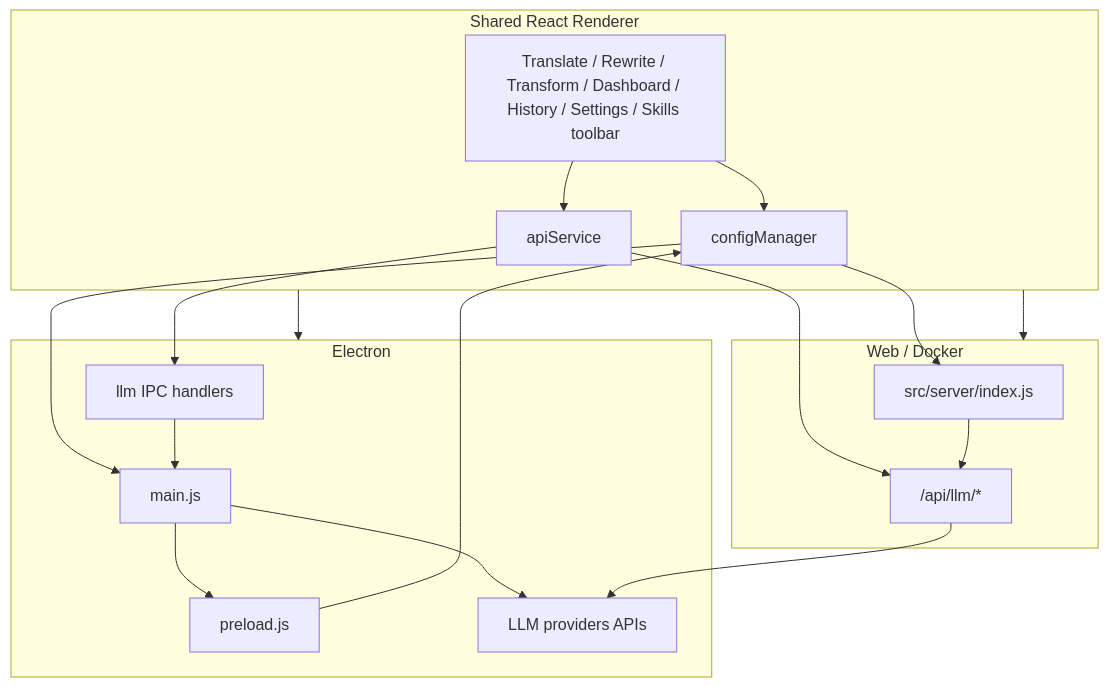
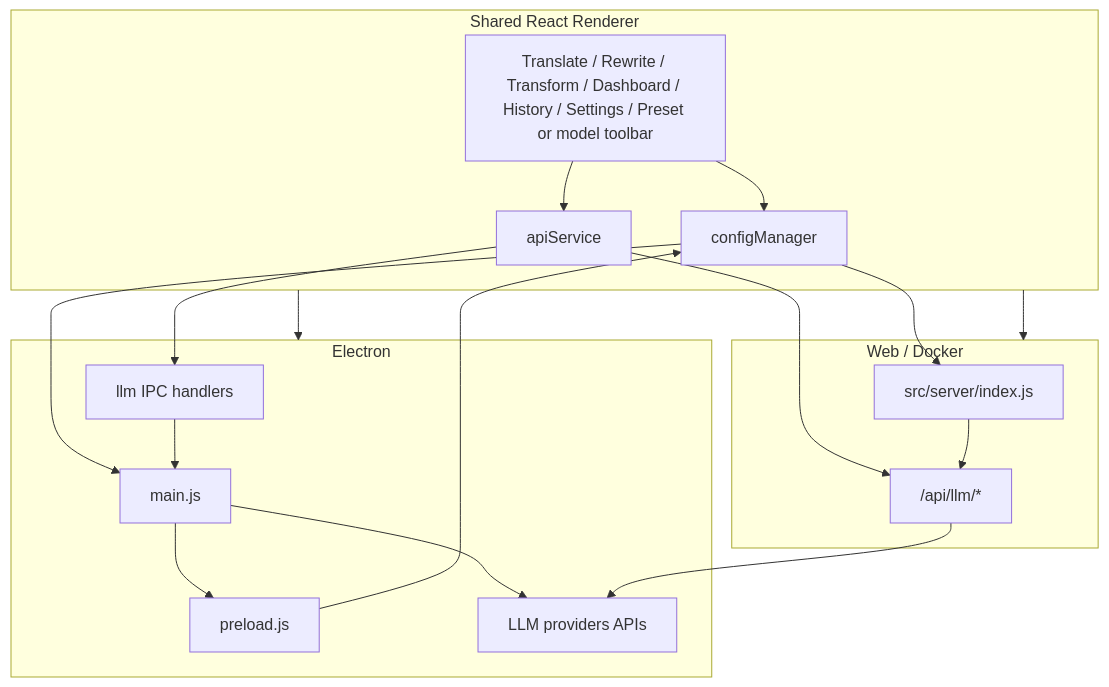
The diagram in dev/SYSTEM-OVERVIEW.md (wsj-br/transrewrt), drawn with Mermaid before and after one commit. The commit also changed other lines of this file and 396 other files, not shown here.

````diff
--- a/dev/SYSTEM-OVERVIEW.md
+++ b/dev/SYSTEM-OVERVIEW.md
@@ -51,34 +51,34 @@
 ```mermaid
 flowchart TB
   subgraph renderer [Shared React Renderer]
-    UI[Translate / Rewrite / Transform / Dashboard / History / Settings / Skills toolbar]
+    UI[Translate / Rewrite / Transform / Dashboard / History / Settings / Preset or model toolbar]
     ConfigMgr[configManager]
     ApiSvc[apiService]
     UI --> ConfigMgr
     UI --> ApiSvc
   end
 
   subgraph electron [Electron]
     Main[main.js]
     Preload[preload.js]
     LlmIPC[llm IPC handlers]
     Main --> Preload
     Preload --> ConfigMgr
     ConfigMgr --> Main
     ApiSvc --> LlmIPC
     LlmIPC --> Main
     Main --> Providers[LLM providers APIs]
   end
 
   subgraph web [Web / Docker]
     Server[src/server/index.js]
     LlmRoutes["/api/llm/*"]
     ConfigMgr --> Server
     ApiSvc --> LlmRoutes
     Server --> LlmRoutes
     LlmRoutes --> Providers
   end
 
   renderer --> electron
   renderer --> web
 ```
````
